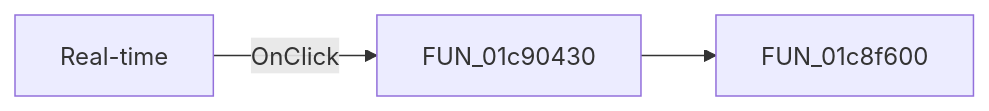
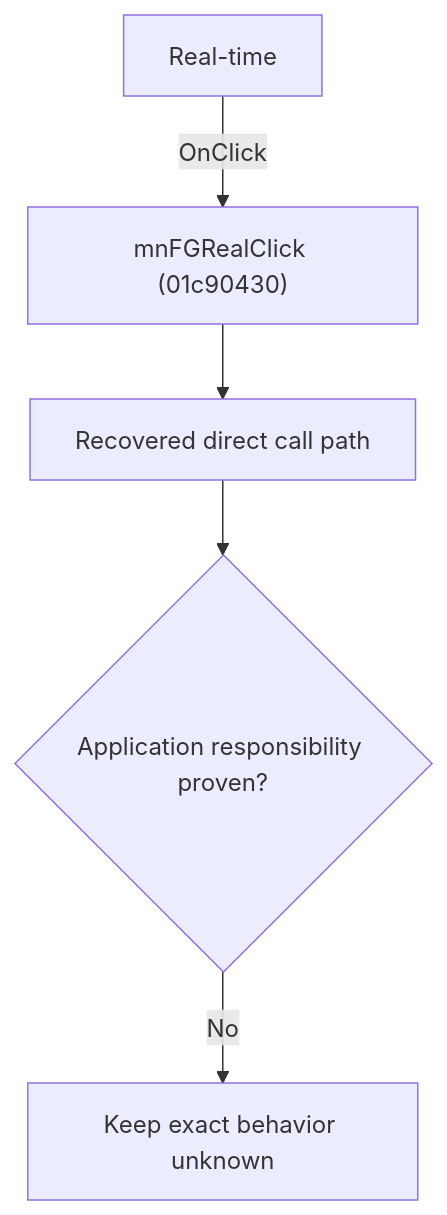
One commit to MovGP0/TIARA changed the diagram in docs/ui-controls/schematiceditor/mnfgreal-47ce620556.md. Above: the diagram before and after it, drawn with Mermaid. The commit also changed other lines of this file and 1062 other files, not shown here.

````diff
--- a/docs/ui-controls/schematiceditor/mnfgreal-47ce620556.md
+++ b/docs/ui-controls/schematiceditor/mnfgreal-47ce620556.md
@@ -27,5 +27,7 @@
 ```mermaid
-flowchart LR
-    control["Real-time"] -->|OnClick| handler["FUN_01c90430"]
-    handler --> call1["FUN_01c8f600"]
+flowchart TD
+    control["Real-time"] -->|"OnClick"| handler["mnFGRealClick (01c90430)"]
+    handler --> recovered["Recovered direct call path"]
+    recovered --> gap{"Application responsibility proven?"}
+    gap -->|"No"| blocked["Keep exact behavior unknown"]
 ```
````
